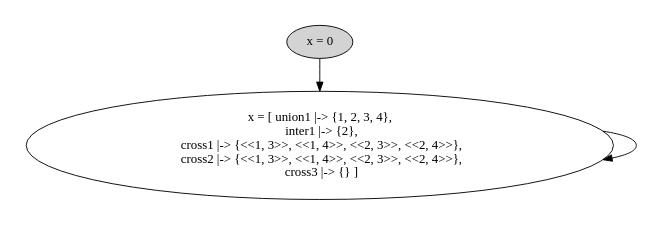
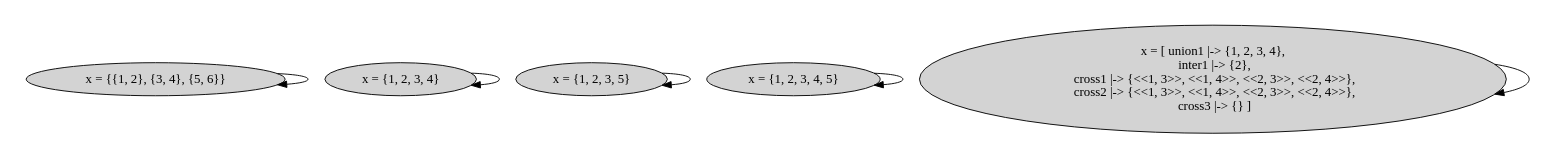
Before and after one commit to will62794/tla-web: the diagram in specs/with_state_graphs/simple_sets.tla.dot, drawn with Graphviz. The commit also changed 3 other files, not shown here.

```diff
--- a/specs/with_state_graphs/simple_sets.tla.dot
+++ b/specs/with_state_graphs/simple_sets.tla.dot
@@ -1,12 +1,17 @@
 strict digraph DiskGraph {
 nodesep=0.35;
 subgraph cluster_graph {
 color="white";
-8132692779957249086 [label="x = 0",style = filled]
-8132692779957249086 -> 7780852078374794930 [label="",color="black",fontcolor="black"];
-7780852078374794930 [label="x = [ union1 |-> {1, 2, 3, 4},\n  inter1 |-> {2},\n  cross1 |-> {<<1, 3>>, <<1, 4>>, <<2, 3>>, <<2, 4>>},\n  cross2 |-> {<<1, 3>>, <<1, 4>>, <<2, 3>>, <<2, 4>>},\n  cross3 |-> {} ]"];
+7780852078374794930 [label="x = [ union1 |-> {1, 2, 3, 4},\n  inter1 |-> {2},\n  cross1 |-> {<<1, 3>>, <<1, 4>>, <<2, 3>>, <<2, 4>>},\n  cross2 |-> {<<1, 3>>, <<1, 4>>, <<2, 3>>, <<2, 4>>},\n  cross3 |-> {} ]",style = filled]
+7877737464420943741 [label="x = {1, 2, 3, 4, 5}",style = filled]
+8177131772116955760 [label="x = {1, 2, 3, 5}",style = filled]
+-6328639579950726710 [label="x = {1, 2, 3, 4}",style = filled]
+-2972139583841873602 [label="x = {{1, 2}, {3, 4}, {5, 6}}",style = filled]
 7780852078374794930 -> 7780852078374794930 [label="",color="black",fontcolor="black"];
-{rank = same; 8132692779957249086;}
-{rank = same; 7780852078374794930;}
+7877737464420943741 -> 7877737464420943741 [label="",color="black",fontcolor="black"];
+8177131772116955760 -> 8177131772116955760 [label="",color="black",fontcolor="black"];
+-6328639579950726710 -> -6328639579950726710 [label="",color="black",fontcolor="black"];
+-2972139583841873602 -> -2972139583841873602 [label="",color="black",fontcolor="black"];
+{rank = same; 7780852078374794930;8177131772116955760;7877737464420943741;-6328639579950726710;-2972139583841873602;}
 }
 }
```
